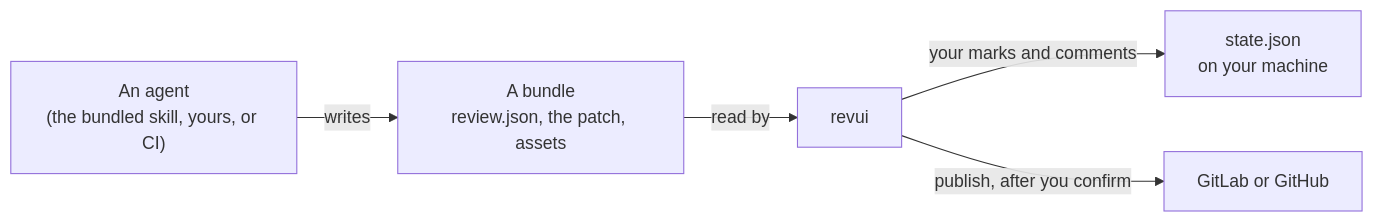
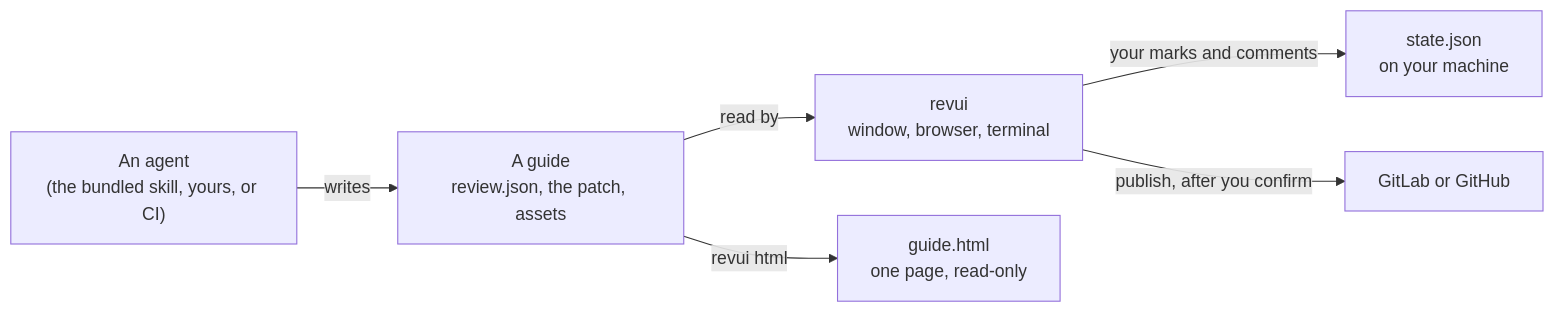
One commit to Volpestyle/revui changed the diagram in README.md. Above: the diagram before and after it, drawn with Mermaid. The commit also changed other lines of this file and 1 other file, not shown here.

Commit message:
README: the guide first, read in a window, as one page or in the terminal; the terminal's tour and keys move to docs/terminal.md

````diff
--- a/README.md
+++ b/README.md
@@ -232,7 +161,8 @@
 ```mermaid
 flowchart LR
-    A["An agent<br>(the bundled skill, yours, or CI)"] -- writes --> B["A bundle<br>review.json, the patch, assets"]
-    B -- read by --> C["revui"]
+    A["An agent<br>(the bundled skill, yours, or CI)"] -- writes --> B["A guide<br>review.json, the patch, assets"]
+    B -- read by --> C["revui<br>window, browser, terminal"]
+    B -- "revui html" --> F["guide.html<br>one page, read-only"]
     C -- "your marks and comments" --> D["state.json<br>on your machine"]
     C -- "publish, after you confirm" --> E["GitLab or GitHub"]
 ```
````
